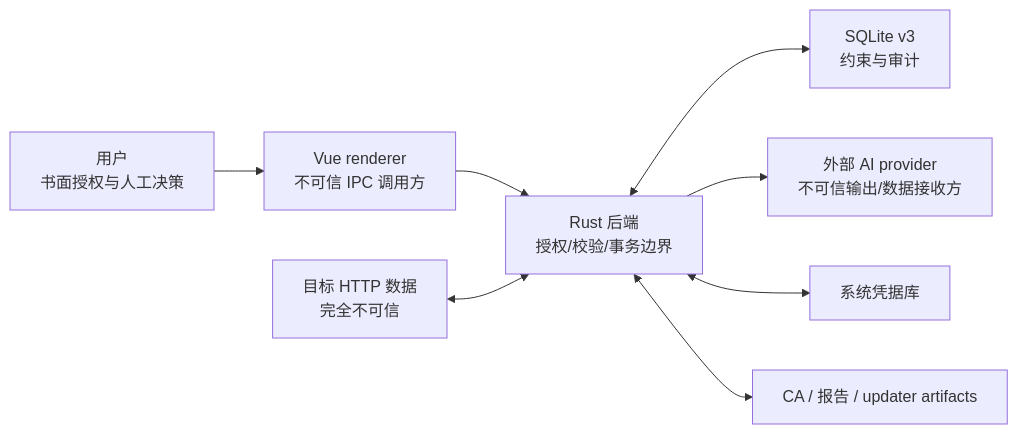
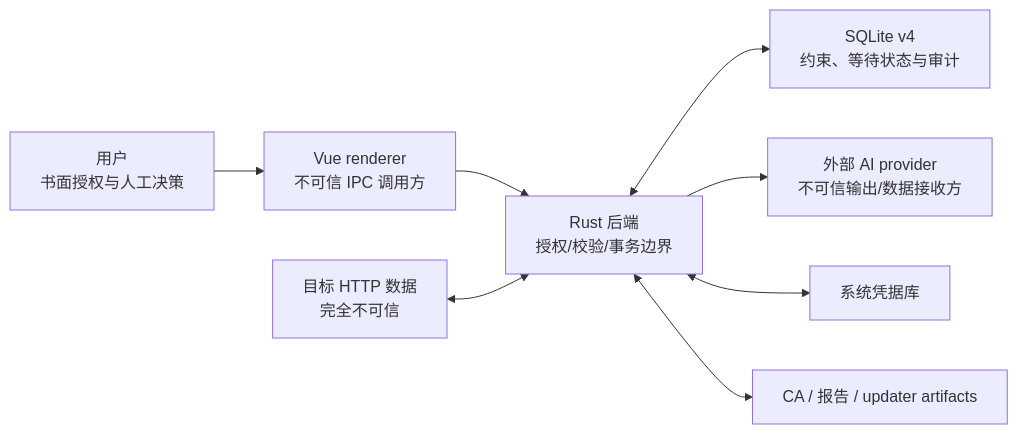
Before and after one commit to shyrel666/RustForge: the diagram in docs/architecture/security-boundaries.md, drawn with Mermaid. The commit also changed other lines of this file and 40 other files, not shown here.

````diff
--- a/docs/architecture/security-boundaries.md
+++ b/docs/architecture/security-boundaries.md
@@ -9,18 +9,18 @@
 ```mermaid
 flowchart LR
     User["用户\n书面授权与人工决策"]
     Renderer["Vue renderer\n不可信 IPC 调用方"]
     Backend["Rust 后端\n授权/校验/事务边界"]
-    DB["SQLite v3\n约束与审计"]
+    DB["SQLite v4\n约束、等待状态与审计"]
     Target["目标 HTTP 数据\n完全不可信"]
     Provider["外部 AI provider\n不可信输出/数据接收方"]
     OSSecrets["系统凭据库"]
     Files["CA / 报告 / updater artifacts"]
 
     User --> Renderer --> Backend
     Backend <--> DB
     Target <--> Backend
     Backend --> Provider
     Backend <--> OSSecrets
     Backend <--> Files
 ```
````
